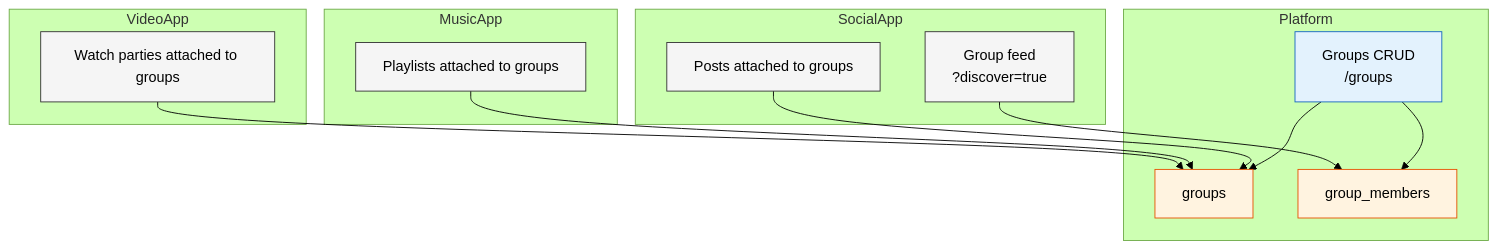
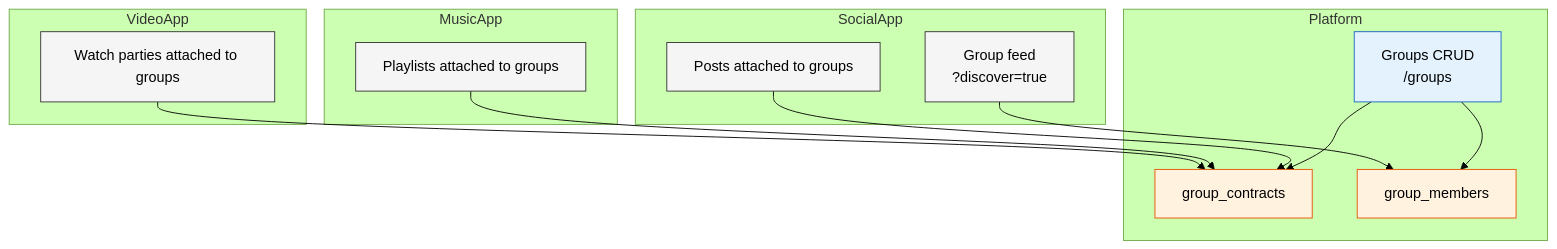
Before and after one commit to jacoby149/web10: the fifth of 7 diagrams in knowledge/knowledge-base/web10-v3-brainstorm/overview.md, drawn with Mermaid (forest theme). The commit also changed other lines of this file and 29 other files, not shown here.

Commit message:
docs: refactor knowledge base — documents over posts, service-scoped roles, discover group, fully-qualified group IDs

````diff
--- a/knowledge/knowledge-base/web10-v3-brainstorm/overview.md
+++ b/knowledge/knowledge-base/web10-v3-brainstorm/overview.md
@@ -417,36 +401,36 @@
 ```mermaid
 graph TB
     subgraph Platform
         GroupsAPI["Groups CRUD\n/groups"]
-        GroupsTable["groups"]
+        ContractsTable["group_contracts"]
         MembersTable["group_members"]
     end
 
     subgraph SocialApp
         SocialPosts["Posts attached to groups"]
         SocialFeed["Group feed\n?discover=true"]
     end
 
     subgraph MusicApp
         SharedPlaylist["Playlists attached to groups"]
     end
 
     subgraph VideoApp
         WatchParty["Watch parties attached to groups"]
     end
 
-    GroupsAPI --> GroupsTable
+    GroupsAPI --> ContractsTable
     GroupsAPI --> MembersTable
-    SocialPosts --> GroupsTable
+    SocialPosts --> ContractsTable
     SocialFeed --> MembersTable
-    SharedPlaylist --> GroupsTable
-    WatchParty --> GroupsTable
+    SharedPlaylist --> ContractsTable
+    WatchParty --> ContractsTable
 
     style GroupsAPI fill:#e3f2fd,stroke:#1565c0,color:#000
-    style GroupsTable fill:#fff3e0,stroke:#e65100,color:#000
+    style ContractsTable fill:#fff3e0,stroke:#e65100,color:#000
     style MembersTable fill:#fff3e0,stroke:#e65100,color:#000
     style SocialPosts fill:#f5f5f5,stroke:#333,color:#000
     style SocialFeed fill:#f5f5f5,stroke:#333,color:#000
     style SharedPlaylist fill:#f5f5f5,stroke:#333,color:#000
     style WatchParty fill:#f5f5f5,stroke:#333,color:#000
 ```
````
